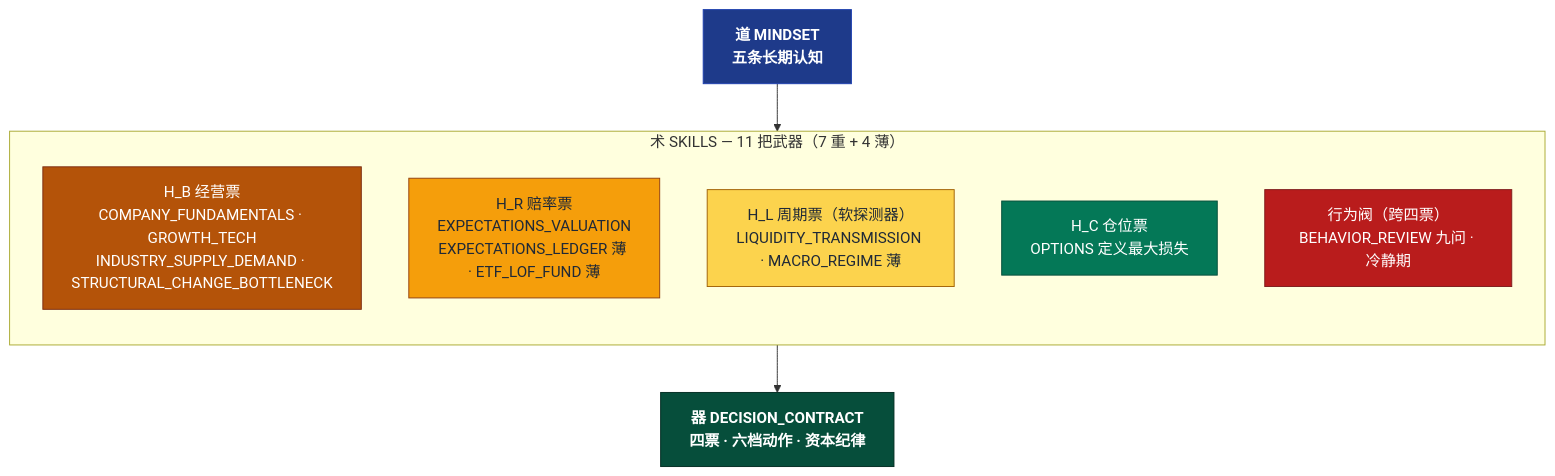
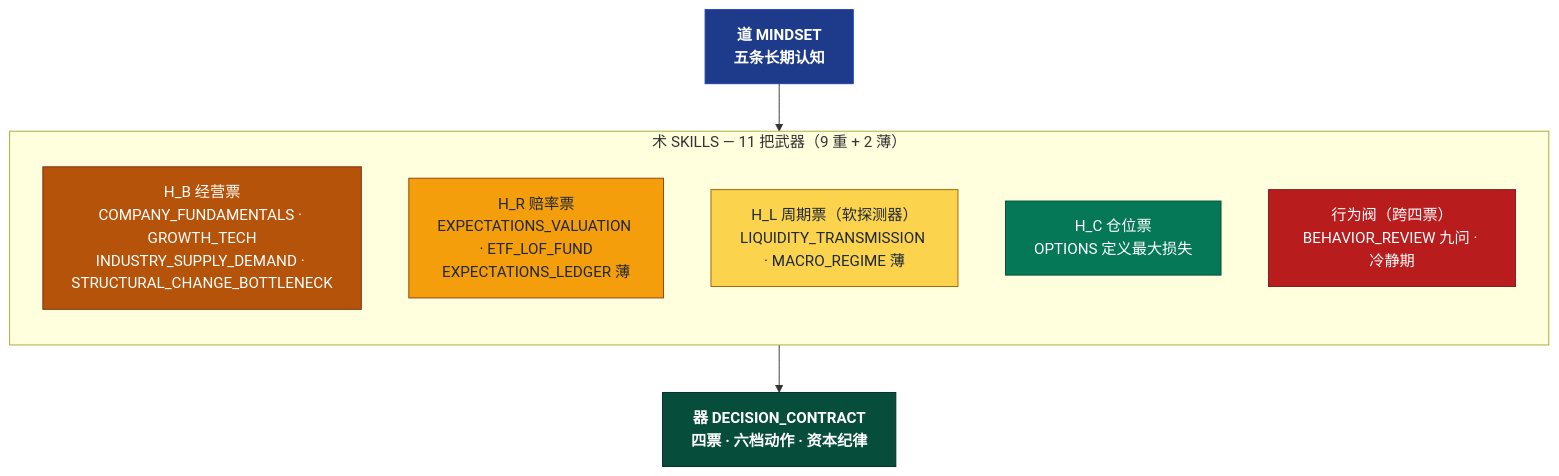
One commit to bor799/agentic-investment-harness changed the diagram in 02_术/SKILLS/README.md. Above: the diagram before and after it, drawn with Mermaid. The commit also changed other lines of this file and 28 other files, not shown here.

````diff
--- a/02_术/SKILLS/README.md
+++ b/02_术/SKILLS/README.md
@@ -26,26 +26,26 @@
 ```mermaid
 flowchart TB
     classDef dao fill:#1E3A8A,stroke:#1E40AF,color:#FFFFFF,font-weight:bold
     classDef hb fill:#B45309,stroke:#7C2D12,color:#FFFFFF
     classDef hr fill:#F59E0B,stroke:#92400E,color:#1F2937
     classDef hl fill:#FCD34D,stroke:#A16207,color:#1F2937
     classDef hc fill:#047857,stroke:#064E3B,color:#FFFFFF
     classDef beh fill:#B91C1C,stroke:#7F1D1D,color:#FFFFFF
     classDef hub fill:#064E3B,stroke:#022C22,color:#FFFFFF,font-weight:bold
 
     D["道 MINDSET<br/>五条长期认知"]:::dao
 
-    subgraph Skills["术 SKILLS — 11 把武器（7 重 + 4 薄）"]
+    subgraph Skills["术 SKILLS — 11 把武器（9 重 + 2 薄）"]
         direction TB
         HB["H_B 经营票<br/>COMPANY_FUNDAMENTALS · GROWTH_TECH<br/>INDUSTRY_SUPPLY_DEMAND · STRUCTURAL_CHANGE_BOTTLENECK"]:::hb
-        HR["H_R 赔率票<br/>EXPECTATIONS_VALUATION<br/>EXPECTATIONS_LEDGER 薄 · ETF_LOF_FUND 薄"]:::hr
+        HR["H_R 赔率票<br/>EXPECTATIONS_VALUATION · ETF_LOF_FUND<br/>EXPECTATIONS_LEDGER 薄"]:::hr
         HL["H_L 周期票（软探测器）<br/>LIQUIDITY_TRANSMISSION · MACRO_REGIME 薄"]:::hl
         HC["H_C 仓位票<br/>OPTIONS 定义最大损失"]:::hc
         BR["行为阀（跨四票）<br/>BEHAVIOR_REVIEW 九问 · 冷静期"]:::beh
     end
 
     DC["器 DECISION_CONTRACT<br/>四票 · 六档动作 · 资本纪律"]:::hub
 
     D --> Skills
     Skills --> DC
 ```
````
